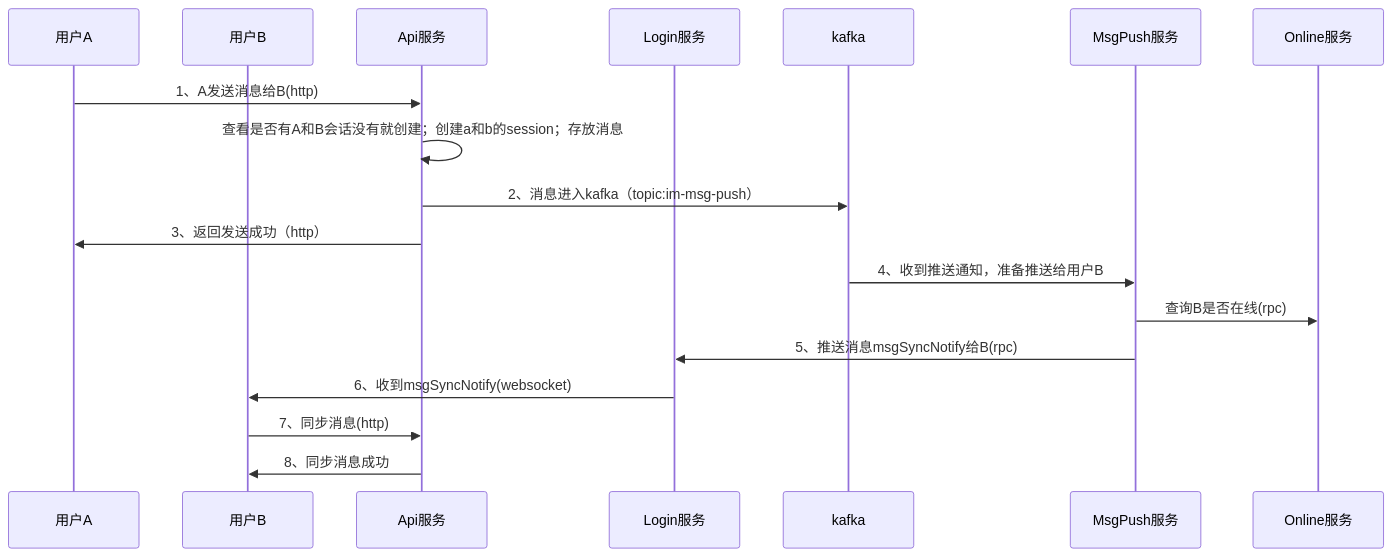
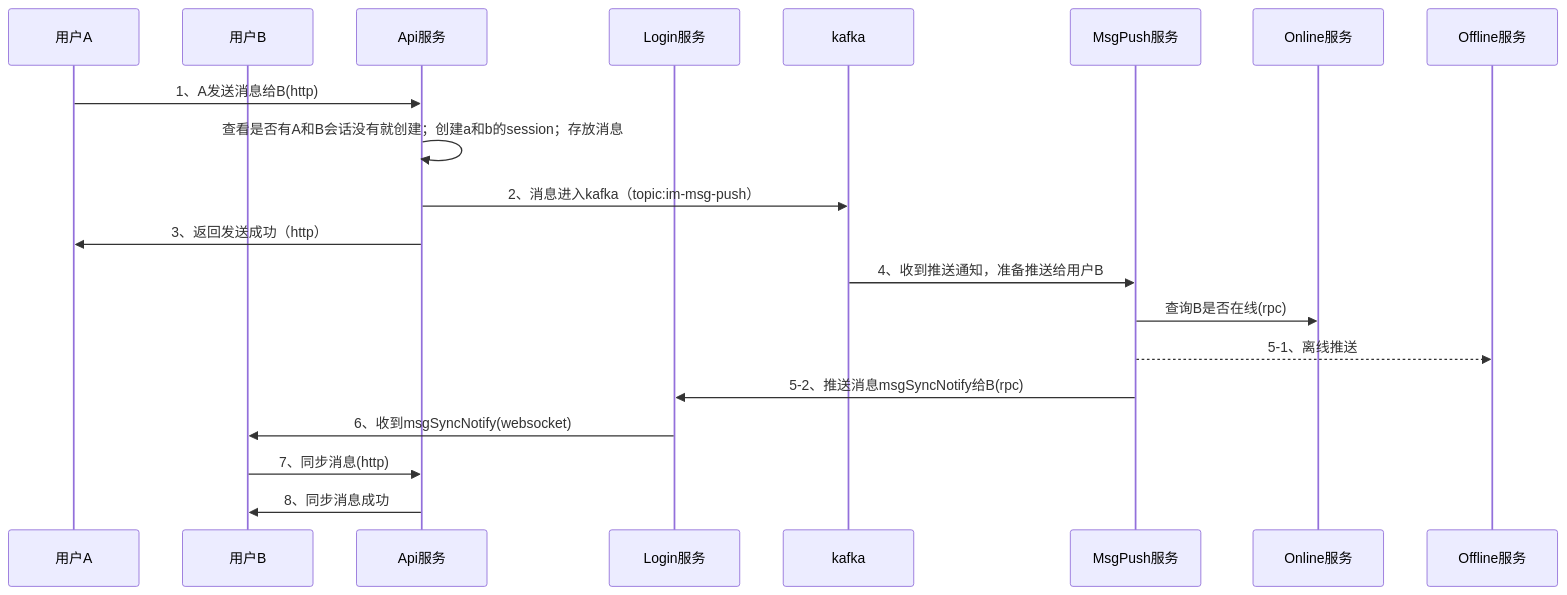
Before and after one commit to haomiao33/minim: the diagram in doc/im_msg.mmd, drawn with Mermaid.

```diff
--- a/doc/im_msg.mmd
+++ b/doc/im_msg.mmd
@@ -1,19 +1,21 @@
 sequenceDiagram
     participant A as 用户A
     participant B as 用户B
     participant ServerApi as Api服务
     participant ServerLogin as Login服务
     participant kafka
     participant ServerMsgPush as MsgPush服务
     participant ServerOnline as Online服务
+    participant ServerOffline as Offline服务
 
     A->>ServerApi: 1、A发送消息给B(http)
     ServerApi->>ServerApi: 查看是否有A和B会话没有就创建；创建a和b的session；存放消息
     ServerApi->>kafka: 2、消息进入kafka（topic:im-msg-push）
     ServerApi->>A: 3、返回发送成功（http）
     kafka->>ServerMsgPush: 4、收到推送通知，准备推送给用户B
     ServerMsgPush->>ServerOnline: 查询B是否在线(rpc)
-    ServerMsgPush->>ServerLogin: 5、推送消息msgSyncNotify给B(rpc)
+    ServerMsgPush-->>ServerOffline: 5-1、离线推送
+    ServerMsgPush->>ServerLogin: 5-2、推送消息msgSyncNotify给B(rpc)
     ServerLogin->>B: 6、收到msgSyncNotify(websocket)
     B->>ServerApi: 7、同步消息(http)
     ServerApi->>B: 8、同步消息成功
```
